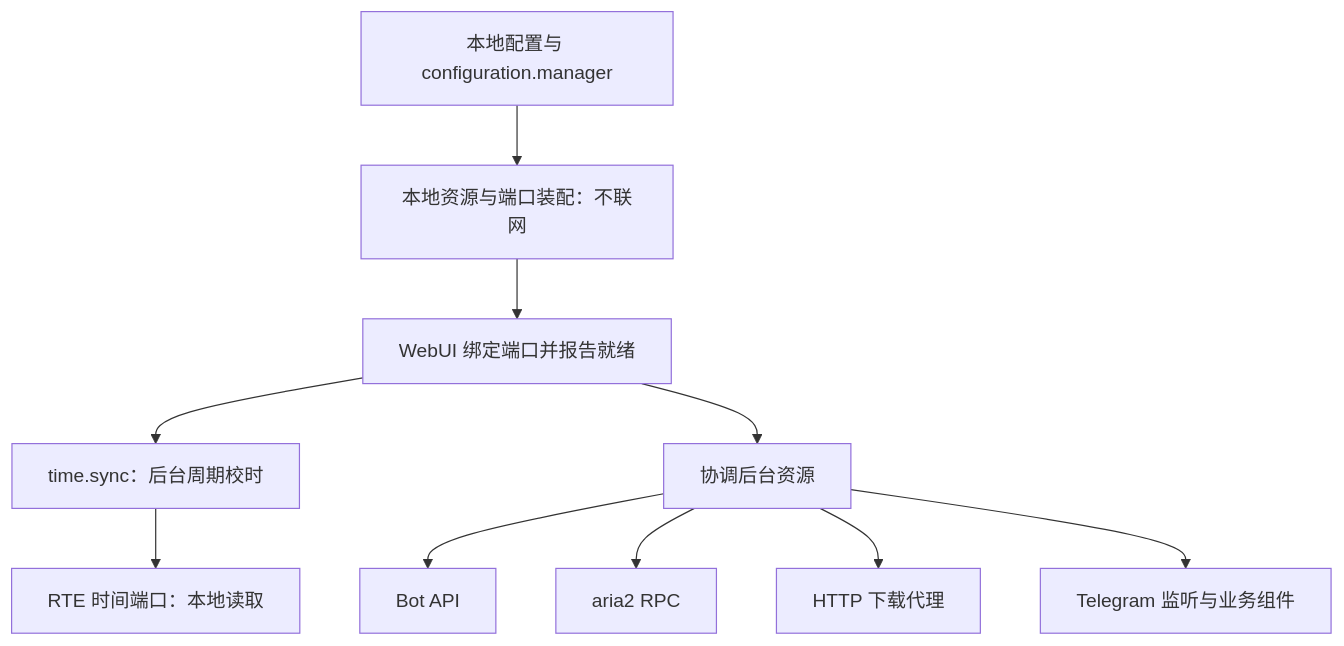
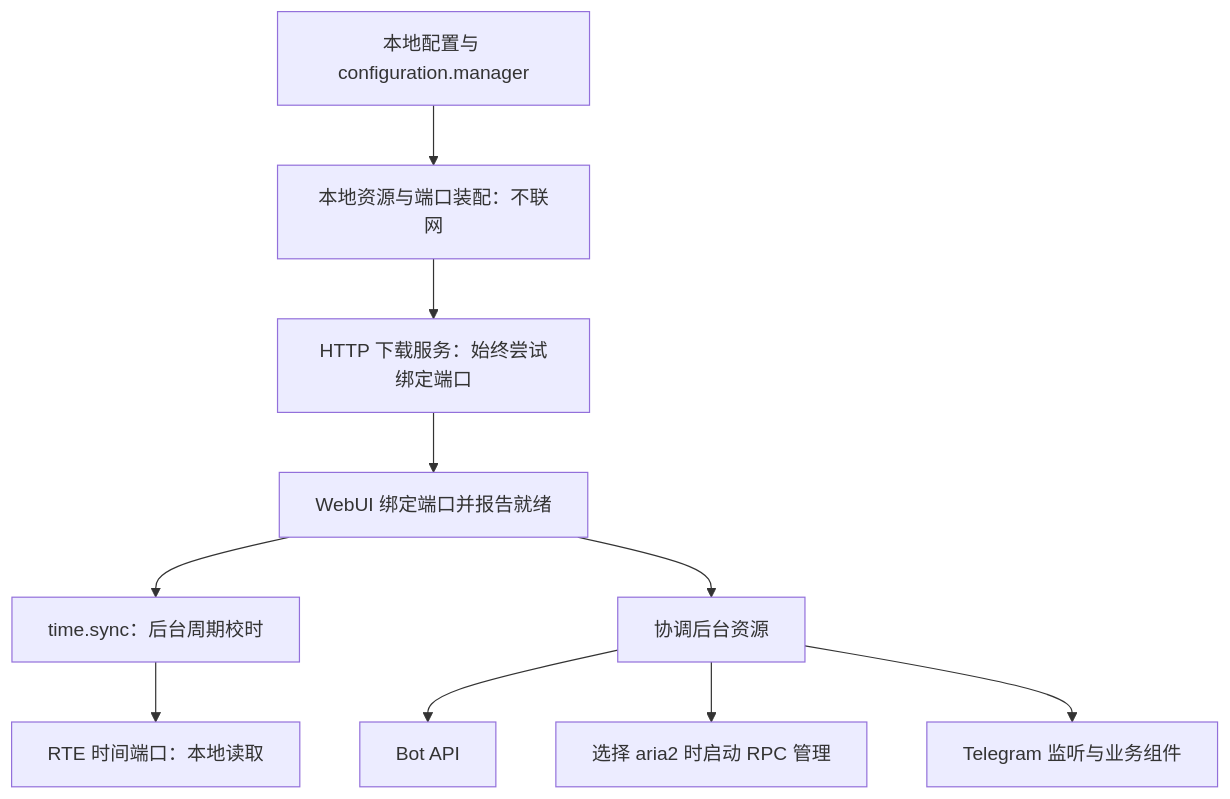
Before and after one commit to snakexgc/tdl: the diagram in docs/startup.md, drawn with Mermaid. The commit also changed other lines of this file and 46 other files, not shown here.

````diff
--- a/docs/startup.md
+++ b/docs/startup.md
@@ -13,12 +13,12 @@
 ```mermaid
 flowchart TD
     Config[本地配置与 configuration.manager] --> Local[本地资源与端口装配：不联网]
-    Local --> Panel[WebUI 绑定端口并报告就绪]
+    Local --> Range[HTTP 下载服务：始终尝试绑定端口]
+    Range --> Panel[WebUI 绑定端口并报告就绪]
     Panel --> NTP[time.sync：后台周期校时]
     NTP --> Clock[RTE 时间端口：本地读取]
     Panel --> Backends[协调后台资源]
     Backends --> Bot[Bot API]
-    Backends --> Aria2[aria2 RPC]
-    Backends --> Range[HTTP 下载代理]
+    Backends --> Aria2[选择 aria2 时启动 RPC 管理]
     Backends --> Telegram[Telegram 监听与业务组件]
 ```
````
